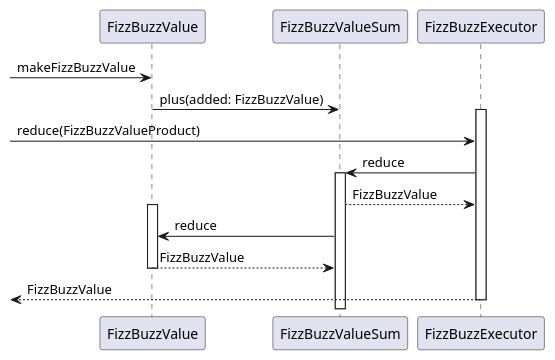
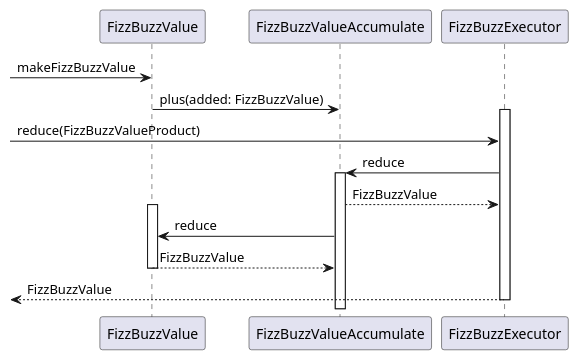
The sixth of 6 diagrams in docs/src/fizzbuzz.md (k2works/etude_for_java), drawn with PlantUML before and after one commit. The commit also changed other lines of this file and 10 other files, not shown here.

````diff
--- a/docs/src/fizzbuzz.md
+++ b/docs/src/fizzbuzz.md
@@ -164,18 +150,18 @@
 ```puml
 @startuml
    -> FizzBuzzValue :makeFizzBuzzValue
-   FizzBuzzValue -> FizzBuzzValueSum :plus(added: FizzBuzzValue)
+   FizzBuzzValue -> FizzBuzzValueAccumulate :plus(added: FizzBuzzValue)
    activate FizzBuzzExecutor
    -> FizzBuzzExecutor :reduce(FizzBuzzValueProduct)
-      FizzBuzzExecutor -> FizzBuzzValueSum :reduce
-      activate FizzBuzzValueSum
-        FizzBuzzExecutor <-- FizzBuzzValueSum :FizzBuzzValue
+      FizzBuzzExecutor -> FizzBuzzValueAccumulate :reduce
+      activate FizzBuzzValueAccumulate
+        FizzBuzzExecutor <-- FizzBuzzValueAccumulate :FizzBuzzValue
           activate FizzBuzzValue
-            FizzBuzzValueSum -> FizzBuzzValue :reduce
-            FizzBuzzValue --> FizzBuzzValueSum :FizzBuzzValue
+            FizzBuzzValueAccumulate -> FizzBuzzValue :reduce
+            FizzBuzzValue --> FizzBuzzValueAccumulate :FizzBuzzValue
           deactivate FizzBuzzValue
-      deactivate FizzBuzzValue   
+      deactivate FizzBuzzValue
    <-- FizzBuzzExecutor :FizzBuzzValue
    deactivate FizzBuzzExecutor
 @enduml
 ```
````
